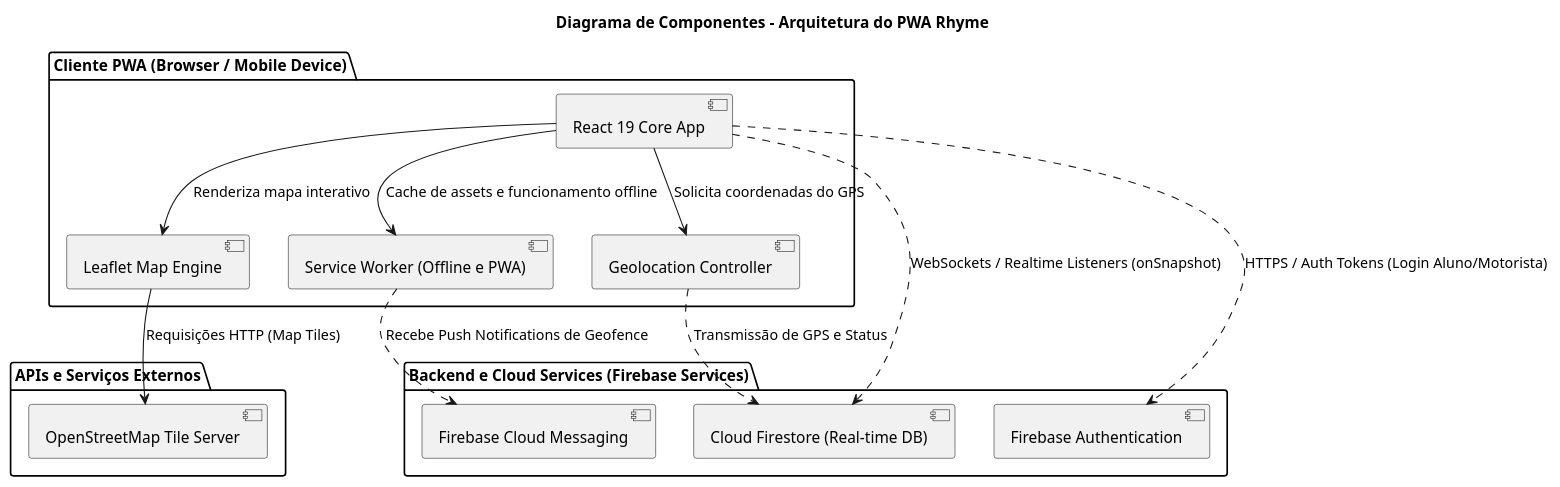
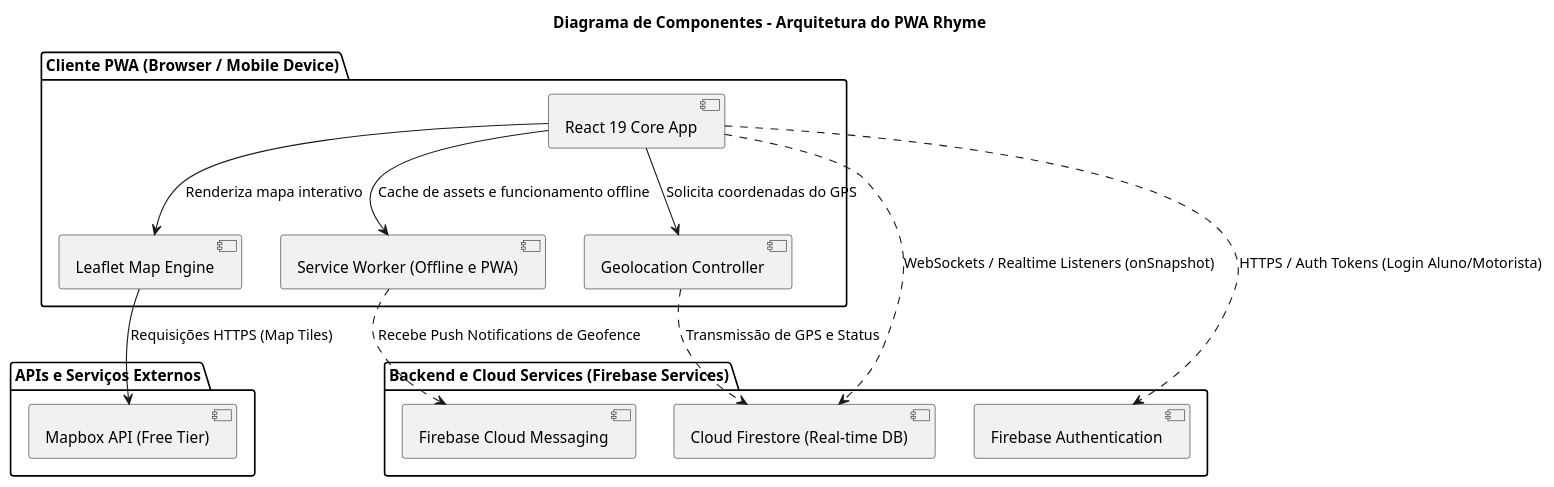
The diagram in diagramas/componentes-arquitetura.puml (Luis-Henrique-ufg/Manual-de-Processos), drawn with PlantUML before and after one commit. The commit also changed 5 other files, not shown here.

```diff
--- a/diagramas/componentes-arquitetura.puml
+++ b/diagramas/componentes-arquitetura.puml
@@ -1,32 +1,32 @@
 @startuml Diagrama_Componentes_Rhyme
 
 title Diagrama de Componentes - Arquitetura do PWA Rhyme
 
 package "Cliente PWA (Browser / Mobile Device)" {
     [React 19 Core App] as UI
     [Leaflet Map Engine] as Leaflet
     [Geolocation Controller] as GeoCtrl
     [Service Worker (Offline e PWA)] as SW
     
     UI --> Leaflet : Renderiza mapa interativo
     UI --> GeoCtrl : Solicita coordenadas do GPS
     UI --> SW : Cache de assets e funcionamento offline
 }
 
 package "APIs e Serviços Externos" {
-    [OpenStreetMap Tile Server] as OSM
-    Leaflet --> OSM : Requisições HTTP (Map Tiles)
+    [Mapbox API (Free Tier)] as Mapbox
+    Leaflet --> Mapbox : Requisições HTTPS (Map Tiles)
 }
 
 package "Backend e Cloud Services (Firebase Services)" {
     [Firebase Authentication] as Auth
     [Cloud Firestore (Real-time DB)] as Firestore
     [Firebase Cloud Messaging] as FCM
 }
 
 UI ..> Auth : HTTPS / Auth Tokens (Login Aluno/Motorista)
 UI ..> Firestore : WebSockets / Realtime Listeners (onSnapshot)
 GeoCtrl ..> Firestore : Transmissão de GPS e Status
 SW ..> FCM : Recebe Push Notifications de Geofence
 
 @enduml
```
